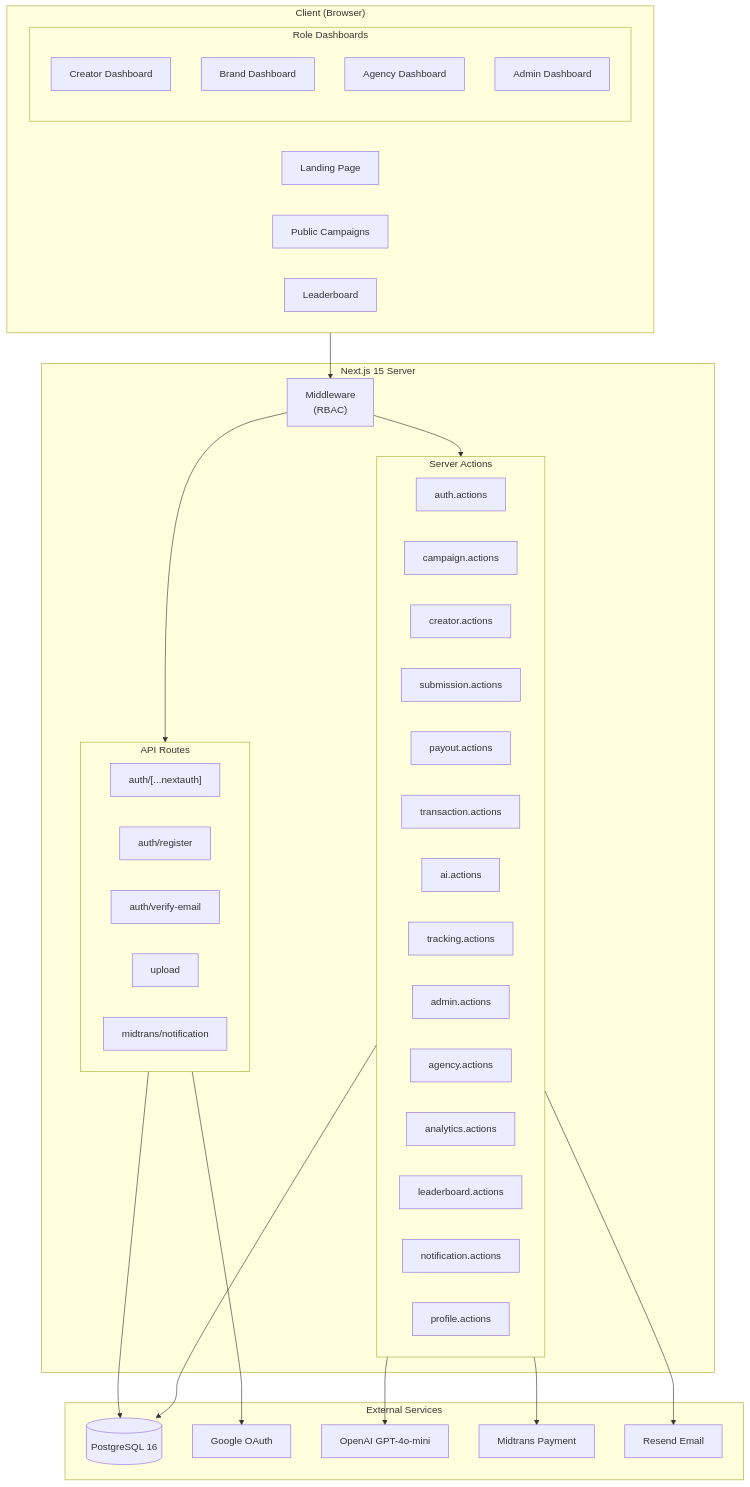
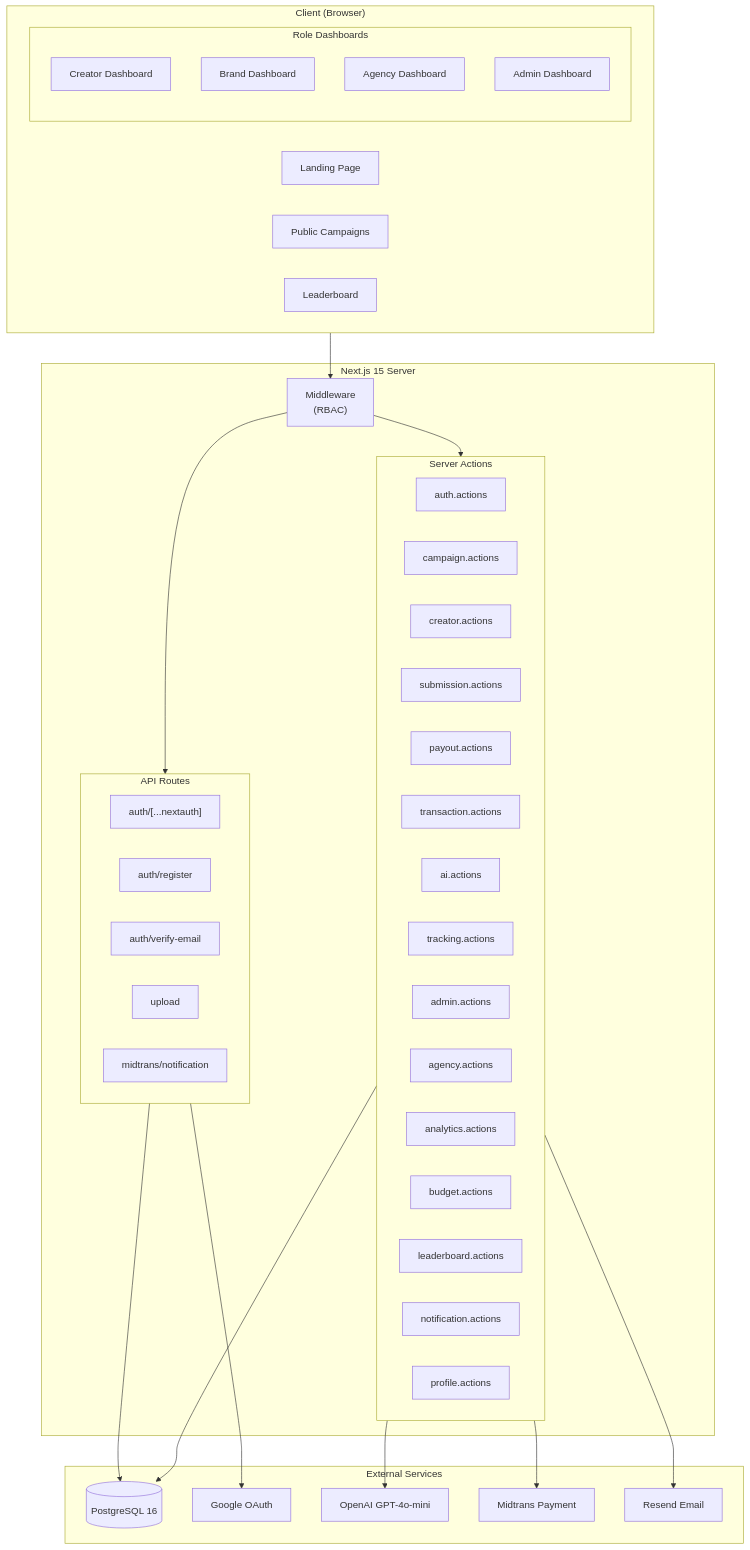
Before and after one commit to gmrfx2026/gudangklip: the first of 6 diagrams in docs/ARSITEKTUR.md, drawn with Mermaid. The commit also changed other lines of this file and 20 other files, not shown here.

````diff
--- a/docs/ARSITEKTUR.md
+++ b/docs/ARSITEKTUR.md
@@ -5,59 +5,60 @@
 ```mermaid
 flowchart TB
     subgraph Client["Client (Browser)"]
         LP["Landing Page"]
         CP["Public Campaigns"]
         LB["Leaderboard"]
         subgraph Dash["Role Dashboards"]
             CD["Creator Dashboard"]
             BD["Brand Dashboard"]
             AD["Agency Dashboard"]
             XD["Admin Dashboard"]
         end
     end
 
     subgraph NextJS["Next.js 15 Server"]
         MW["Middleware<br/>(RBAC)"]
         subgraph SRV["Server Actions"]
             auth_act["auth.actions"]
             campaign_act["campaign.actions"]
             creator_act["creator.actions"]
             submission_act["submission.actions"]
             payout_act["payout.actions"]
             transaction_act["transaction.actions"]
             ai_act["ai.actions"]
             tracking_act["tracking.actions"]
             admin_act["admin.actions"]
             agency_act["agency.actions"]
             analytics_act["analytics.actions"]
+            budget_act["budget.actions"]
             leaderboard_act["leaderboard.actions"]
             notification_act["notification.actions"]
             profile_act["profile.actions"]
         end
         subgraph API["API Routes"]
             auth_api["auth/[...nextauth]"]
             register_api["auth/register"]
             verify_api["auth/verify-email"]
             upload_api["upload"]
             midtrans_api["midtrans/notification"]
         end
     end
 
     subgraph External["External Services"]
         PG[("PostgreSQL 16")]
         Google["Google OAuth"]
         OpenAI["OpenAI GPT-4o-mini"]
         Midtrans["Midtrans Payment"]
         Resend["Resend Email"]
     end
 
     Client --> MW
     MW --> SRV
     MW --> API
     SRV --> PG
     API --> PG
     API --> Google
     SRV --> OpenAI
     SRV --> Midtrans
     SRV --> Resend
 ```
````
